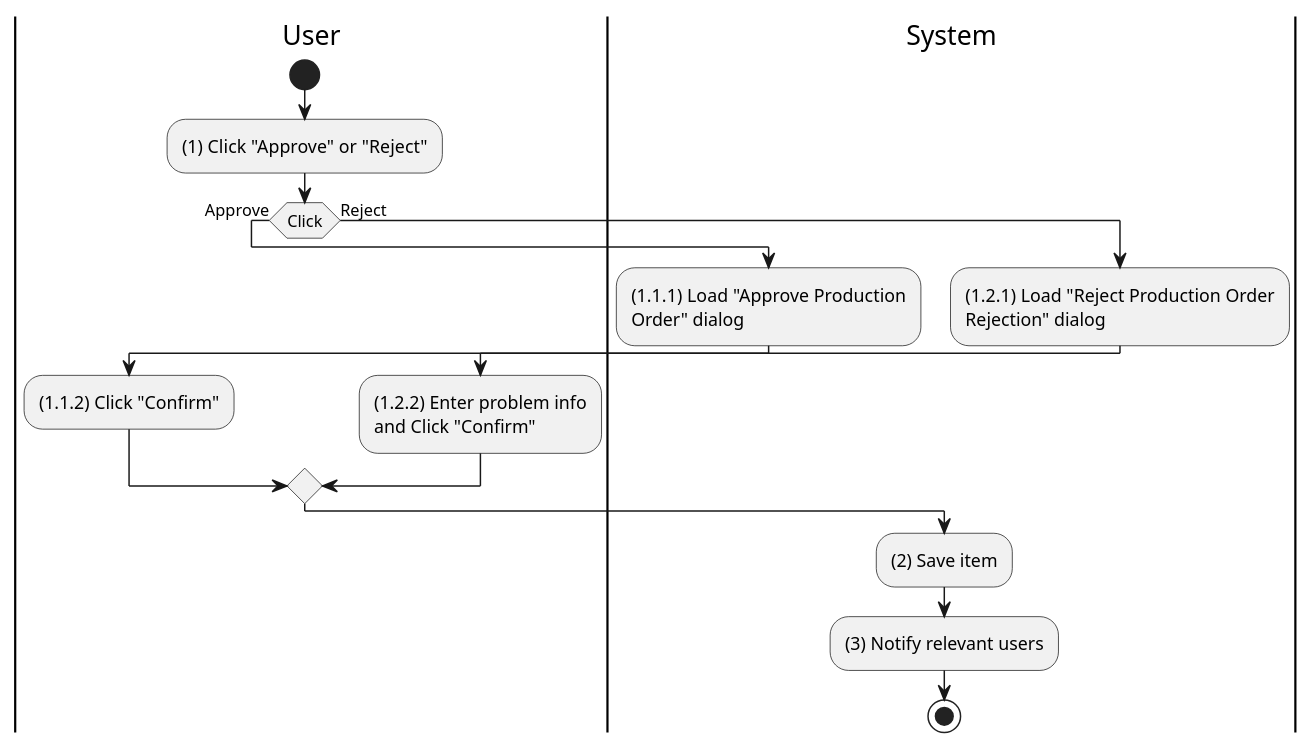
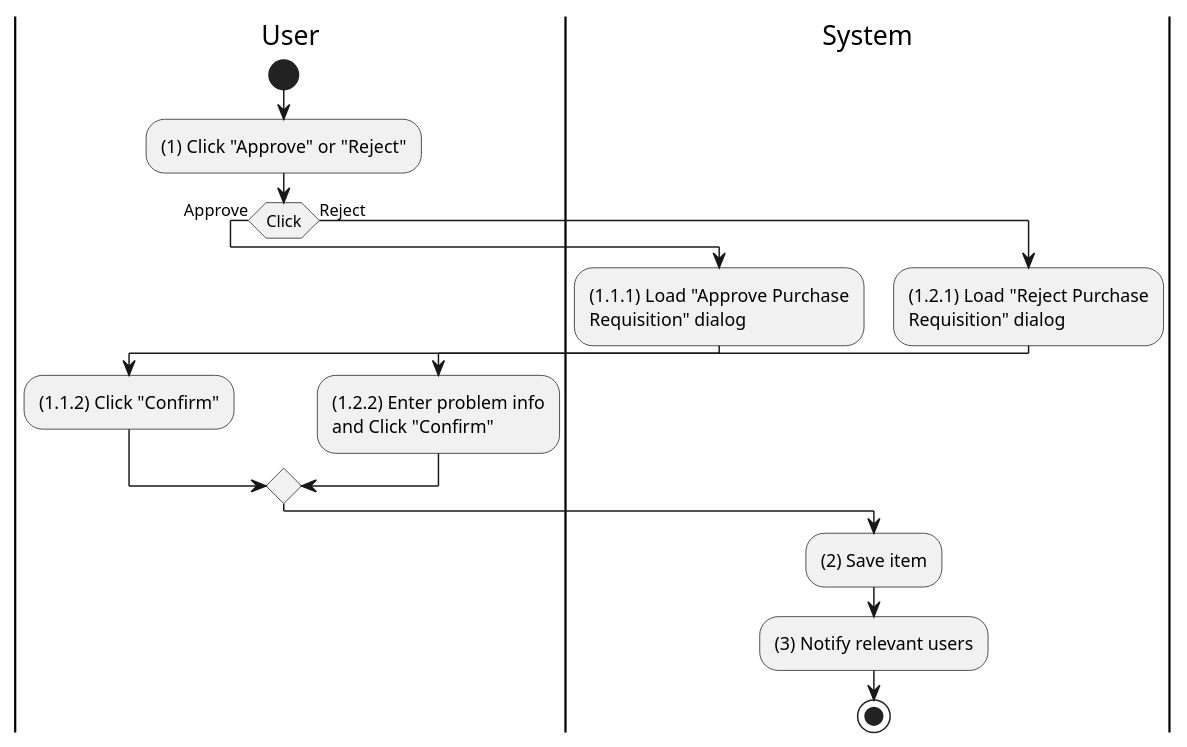
The diagram in activities/purchase-requisition-approve.plantuml (phihungha/scmss-reqs), drawn with PlantUML before and after one commit. The commit also changed 3 other files, not shown here.

```diff
--- a/activities/purchase-requisition-approve.plantuml
+++ b/activities/purchase-requisition-approve.plantuml
@@ -1,23 +1,23 @@
 @startuml purchase-requisition-approve
 |u|User
 |s|System
 
 |u|
 start
 :(1) Click "Approve" or "Reject";
 if (Click) then (Approve)
     |s|
-    :(1.1.1) Load "Approve Production\nOrder" dialog;
+    :(1.1.1) Load "Approve Purchase\nRequisition" dialog;
     |u|
     :(1.1.2) Click "Confirm";
 else (Reject)
     |s|
-    :(1.2.1) Load "Reject Production Order\nRejection" dialog;
+    :(1.2.1) Load "Reject Purchase\nRequisition" dialog;
     |u|
     :(1.2.2) Enter problem info\nand Click "Confirm";
 endif
 |s|
 :(2) Save item;
 :(3) Notify relevant users;
 stop
 @enduml
```
